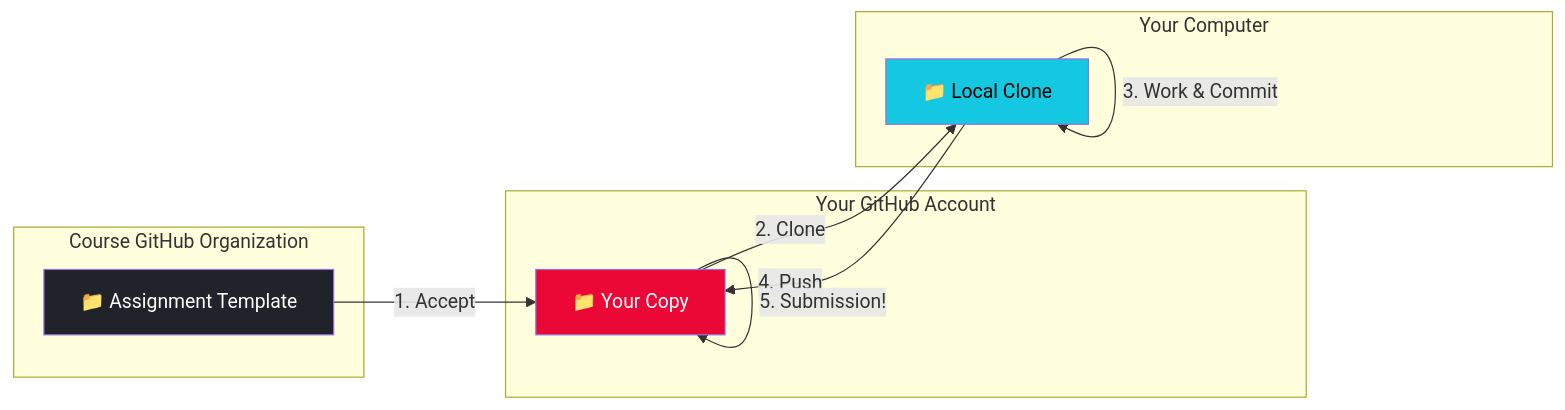
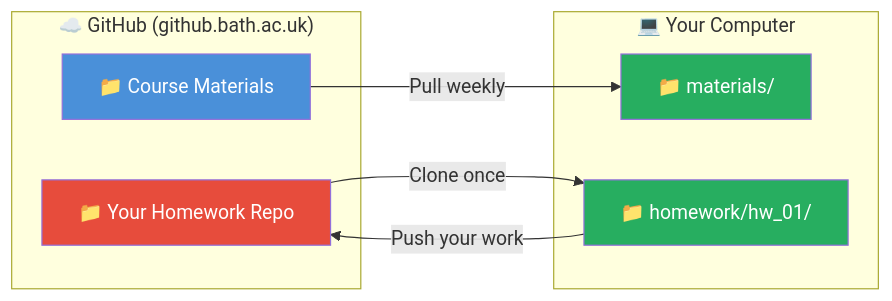
One commit to kanayai/ma22019_website changed the diagram in computing_setup/weekly_workflow.qmd. Above: the diagram before and after it, drawn with Mermaid. The commit also changed other lines of this file, not shown here.

First line of the commit message:
Rewrite weekly_workflow.qmd with student-friendly language

````diff
--- a/computing_setup/weekly_workflow.qmd
+++ b/computing_setup/weekly_workflow.qmd
@@ -21,24 +19,21 @@
 ```{mermaid}
 flowchart LR
-    subgraph Course GitHub Organization
-        A[📁 Assignment Template]
+    subgraph GitHub["☁️ GitHub (github.bath.ac.uk)"]
+        A["📁 Course Materials"]
+        B["📁 Your Homework Repo"]
     end
     
-    subgraph Your GitHub Account
-        B[📁 Your Copy]
+    subgraph Computer["💻 Your Computer"]
+        C["📁 materials/"]
+        D["📁 homework/hw_01/"]
     end
     
-    subgraph Your Computer
-        C[📁 Local Clone]
-    end
+    A -->|Pull weekly| C
+    B -->|Clone once| D
+    D -->|Push your work| B
     
-    A -->|1. Accept| B
-    B -->|2. Clone| C
-    C -->|3. Work & Commit| C
-    C -->|4. Push| B
-    B -->|5. Submission!| B
-    
-    style A fill:#202329,color:#fff
-    style B fill:#EC0836,color:#fff
-    style C fill:#14C8E1,color:#000
+    style A fill:#4a90d9,color:#fff
+    style B fill:#e74c3c,color:#fff
+    style C fill:#27ae60,color:#fff
+    style D fill:#27ae60,color:#fff
 ```
````
